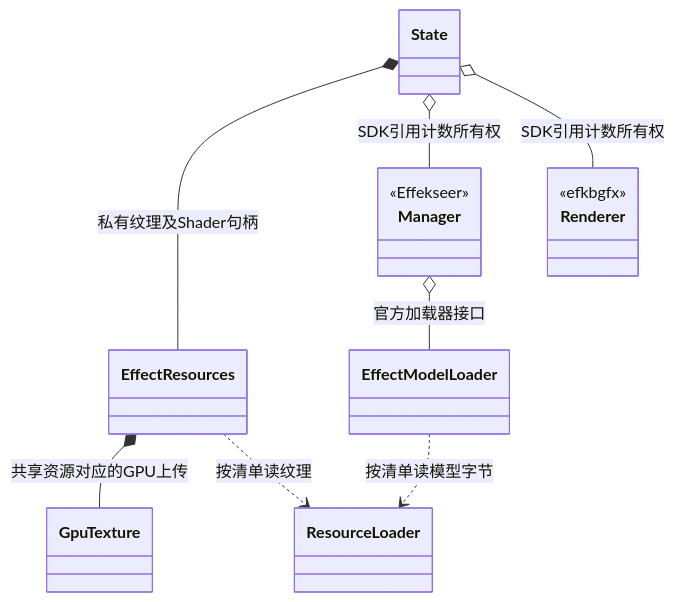
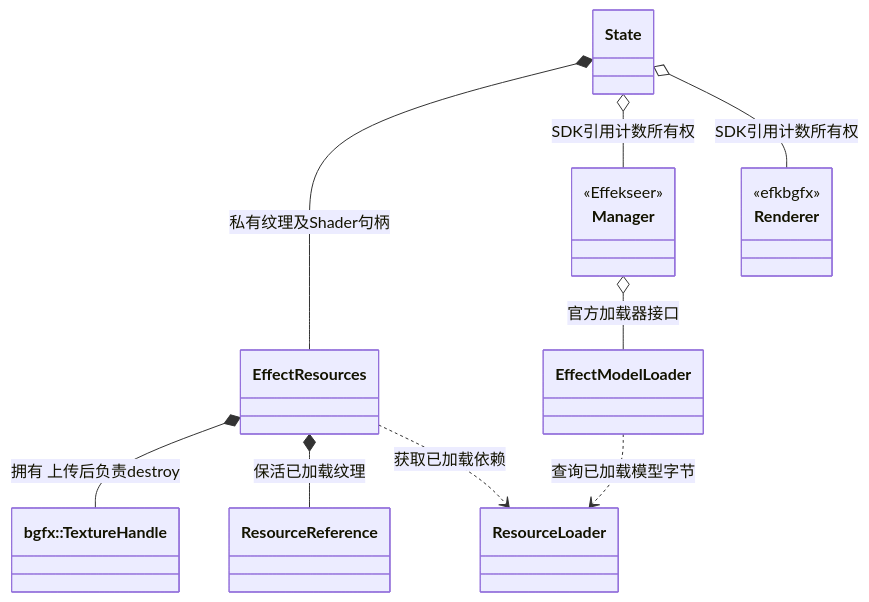
The second of 2 diagrams in docs/plugins/runtime/class-diagrams/effects.md (lcals/Engine), drawn with Mermaid before and after one commit. The commit also changed other lines of this file and 244 other files, not shown here.

````diff
--- a/docs/plugins/runtime/class-diagrams/effects.md
+++ b/docs/plugins/runtime/class-diagrams/effects.md
@@ -77,21 +77,23 @@
 ```mermaid
 classDiagram
     class State
     class EffectResources
     class EffectModelLoader
     class Manager {
         <<Effekseer>>
     }
     class Renderer {
         <<efkbgfx>>
     }
-    class GpuTexture
+    class TextureHandle["bgfx::TextureHandle"]
+    class ResourceReference
     class ResourceLoader
     State *-- EffectResources : 私有纹理及Shader句柄
     State o-- Manager : SDK引用计数所有权
     State o-- Renderer : SDK引用计数所有权
-    EffectResources *-- GpuTexture : 共享资源对应的GPU上传
-    EffectModelLoader ..> ResourceLoader : 按清单读模型字节
-    EffectResources ..> ResourceLoader : 按清单读纹理
+    EffectResources *-- TextureHandle : 拥有 上传后负责destroy
+    EffectResources *-- ResourceReference : 保活已加载纹理
+    EffectModelLoader ..> ResourceLoader : 查询已加载模型字节
+    EffectResources ..> ResourceLoader : 获取已加载依赖
     Manager o-- EffectModelLoader : 官方加载器接口
 ```
````
